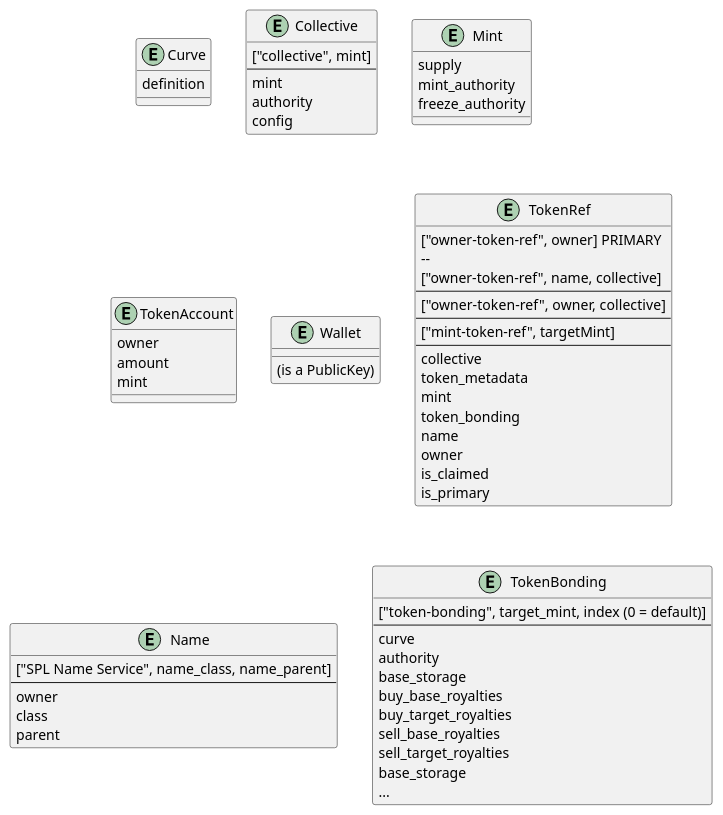
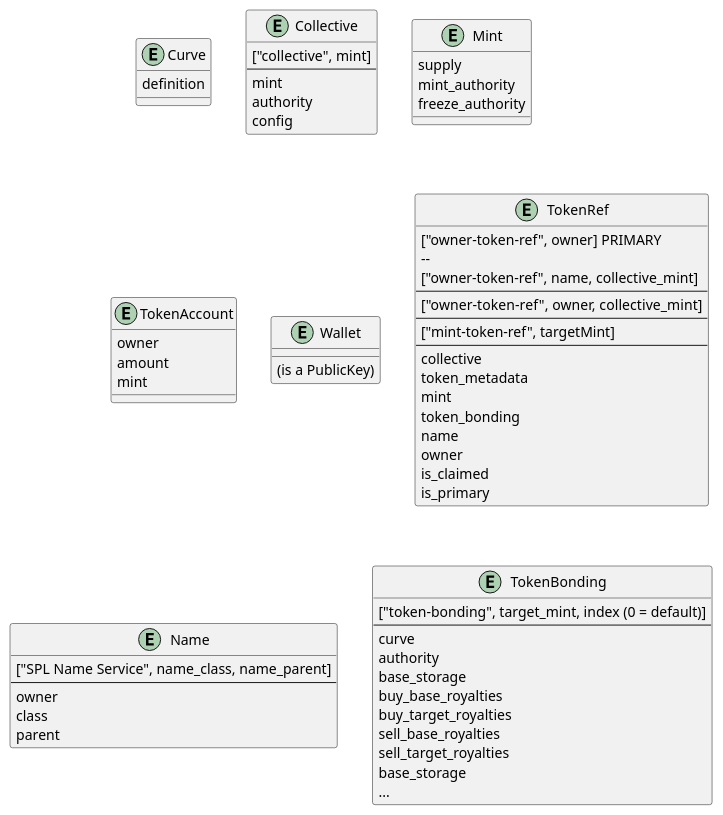
One commit to StrataFoundation/strata changed the diagram in packages/docs/docs/learn/fetching_data.md. Above: the diagram before and after it, drawn with PlantUML. The commit also changed other lines of this file and 8 other files, not shown here.

```diff
--- a/packages/docs/docs/learn/fetching_data.md
+++ b/packages/docs/docs/learn/fetching_data.md
@@ -39,9 +39,9 @@
 entity TokenRef {
   ["owner-token-ref", owner] PRIMARY
   -- 
-  ["owner-token-ref", name, collective]
+  ["owner-token-ref", name, collective_mint]
   --
-  ["owner-token-ref", owner, collective]
+  ["owner-token-ref", owner, collective_mint]
   --
   ["mint-token-ref", targetMint]
   --
```
